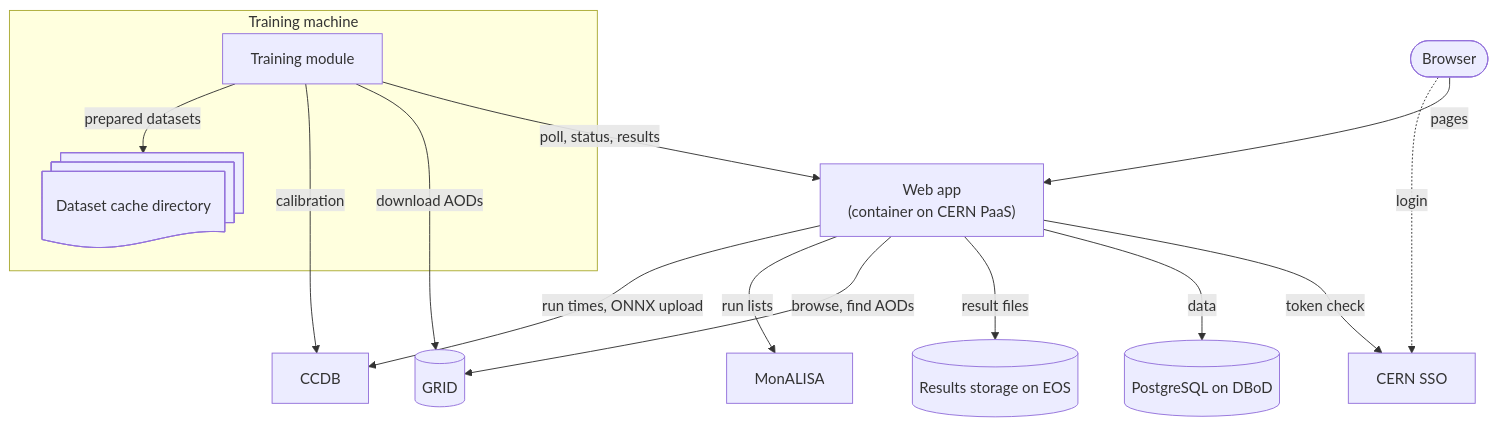
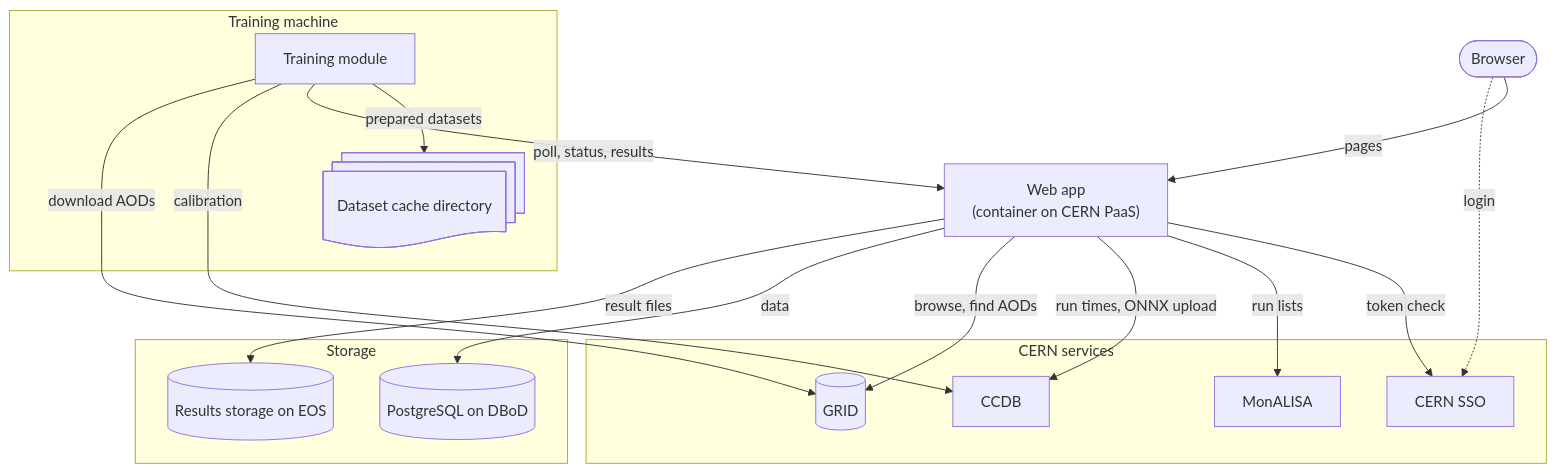
The first of 2 diagrams in docs/3-development/1-architecture.md (mytkom/AliceTraINT), drawn with Mermaid before and after one commit. The commit also changed other lines of this file and 2 other files, not shown here.

Commit message:
docs: lay out architecture diagrams more compactly and center diagrams

````diff
--- a/docs/3-development/1-architecture.md
+++ b/docs/3-development/1-architecture.md
@@ -11,31 +11,33 @@
 ```mermaid
 flowchart TB
   accTitle: System architecture
   accDescr: The browser and the training modules call the web app, and the browser logs in at CERN SSO. The web app stores data in PostgreSQL and result files on EOS, and calls CERN SSO, the GRID through JAliEn, MonALISA and CCDB. Training modules download AOD files from the GRID, read calibration from CCDB and keep prepared datasets as files in a dataset cache directory on the training machine.
 
   browser([Browser])
+  subgraph machine[Training machine]
+    module[Training module] -->|prepared datasets| cache@{ shape: docs, label: "Dataset cache directory" }
+  end
   web["Web app<br>(container on CERN PaaS)"]
-  db[(PostgreSQL on DBoD)]
-  eos[(Results storage on EOS)]
-  subgraph machine[Training machine]
-    module[Training module]
-    cache@{ shape: docs, label: "Dataset cache directory" }
+  subgraph services[CERN services]
+    sso[CERN SSO]
+    monalisa[MonALISA]
+    ccdb[CCDB]
+    grid[(GRID)]
   end
-  sso[CERN SSO]
-  grid[(GRID)]
-  monalisa[MonALISA]
-  ccdb[CCDB]
+  subgraph storage[Storage]
+    db[(PostgreSQL on DBoD)]
+    eos[(Results storage on EOS)]
+  end
 
   browser -->|pages| web
   browser -.->|login| sso
+  module -->|poll, status, results| web
+  module -->|calibration| ccdb
+  module -->|download AODs| grid
   web -->|token check| sso
+  web -->|run lists| monalisa
+  web -->|run times, ONNX upload| ccdb
+  web -->|browse, find AODs| grid
   web -->|data| db
   web -->|result files| eos
-  web -->|browse, find AODs| grid
-  web -->|run lists| monalisa
-  web -->|run times, ONNX upload| ccdb
-  module -->|poll, status, results| web
-  module -->|download AODs| grid
-  module -->|calibration| ccdb
-  module -->|prepared datasets| cache
 ```
````
